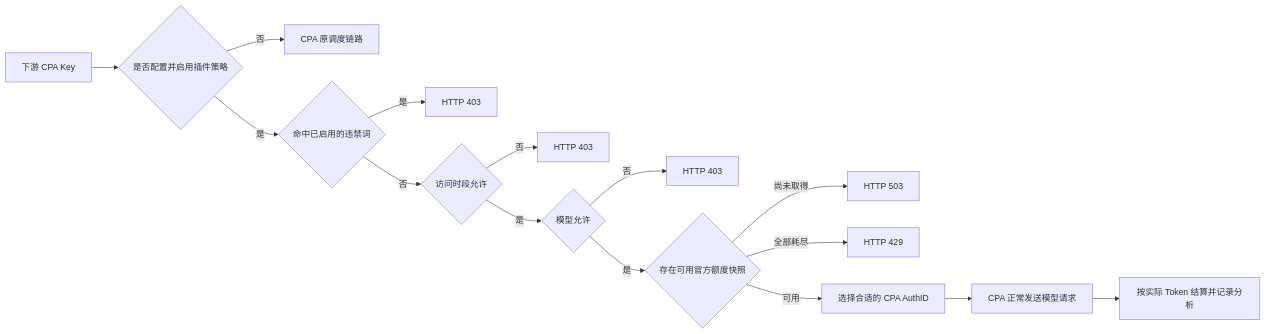
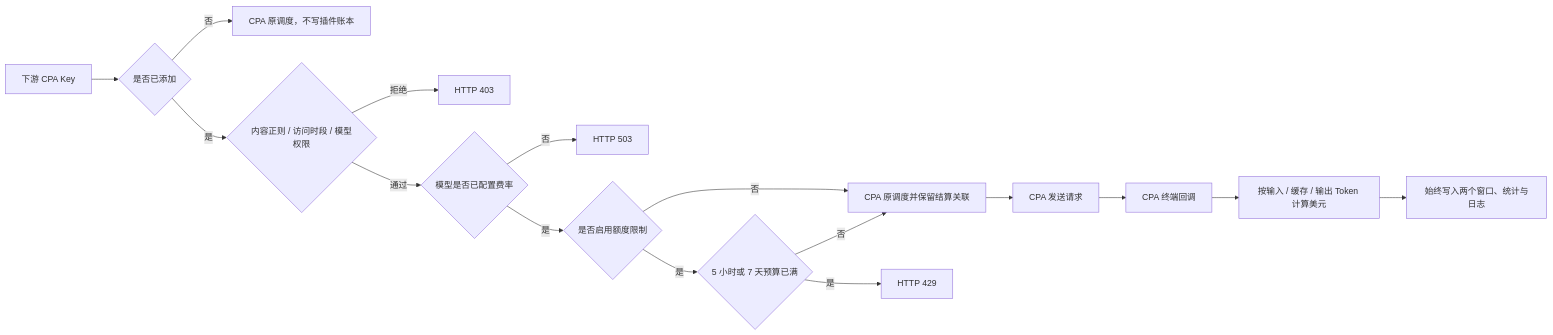
The diagram in README.md (lucky98556/codex-carpool), drawn with Mermaid before and after one commit. The commit also changed other lines of this file and 40 other files, not shown here.

````diff
--- a/README.md
+++ b/README.md
@@ -37,17 +30,18 @@
 ```mermaid
 flowchart LR
-    K["下游 CPA Key"] --> P{"是否配置并启用插件策略"}
-    P -- 否 --> N["CPA 原调度链路"]
-    P -- 是 --> F{"命中已启用的违禁词"}
-    F -- 是 --> E403C["HTTP 403"]
-    F -- 否 --> T{"访问时段允许"}
-    T -- 否 --> E403A["HTTP 403"]
-    T -- 是 --> M{"模型允许"}
-    M -- 否 --> E403B["HTTP 403"]
-    M -- 是 --> Q{"存在可用官方额度快照"}
-    Q -- 尚未取得 --> E503["HTTP 503"]
-    Q -- 全部耗尽 --> E429["HTTP 429"]
-    Q -- 可用 --> R["选择合适的 CPA AuthID"]
-    R --> U["CPA 正常发送模型请求"]
-    U --> S["按实际 Token 结算并记录分析"]
+    K["下游 CPA Key"] --> P{"是否已添加"}
+    P -- 否 --> N["CPA 原调度，不写插件账本"]
+    P -- 是 --> F{"内容正则 / 访问时段 / 模型权限"}
+    F -- 拒绝 --> E403["HTTP 403"]
+    F -- 通过 --> R{"模型是否已配置费率"}
+    R -- 否 --> E503["HTTP 503"]
+    R -- 是 --> M{"是否启用额度限制"}
+    M -- 否 --> C["CPA 原调度并保留结算关联"]
+    M -- 是 --> B{"5 小时或 7 天预算已满"}
+    B -- 是 --> E429["HTTP 429"]
+    B -- 否 --> C
+    C --> U["CPA 发送请求"]
+    U --> S["CPA 终端回调"]
+    S --> L["按输入 / 缓存 / 输出 Token 计算美元"]
+    L --> W["始终写入两个窗口、统计与日志"]
 ```
````
